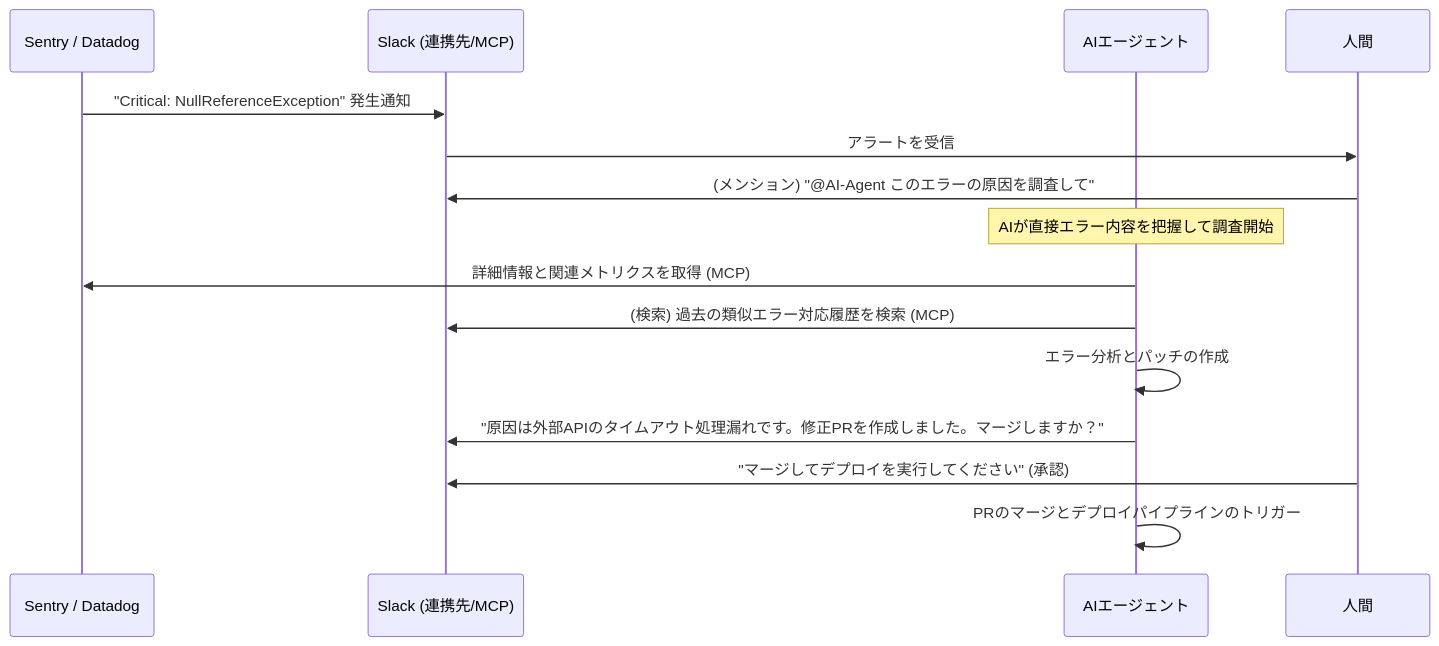
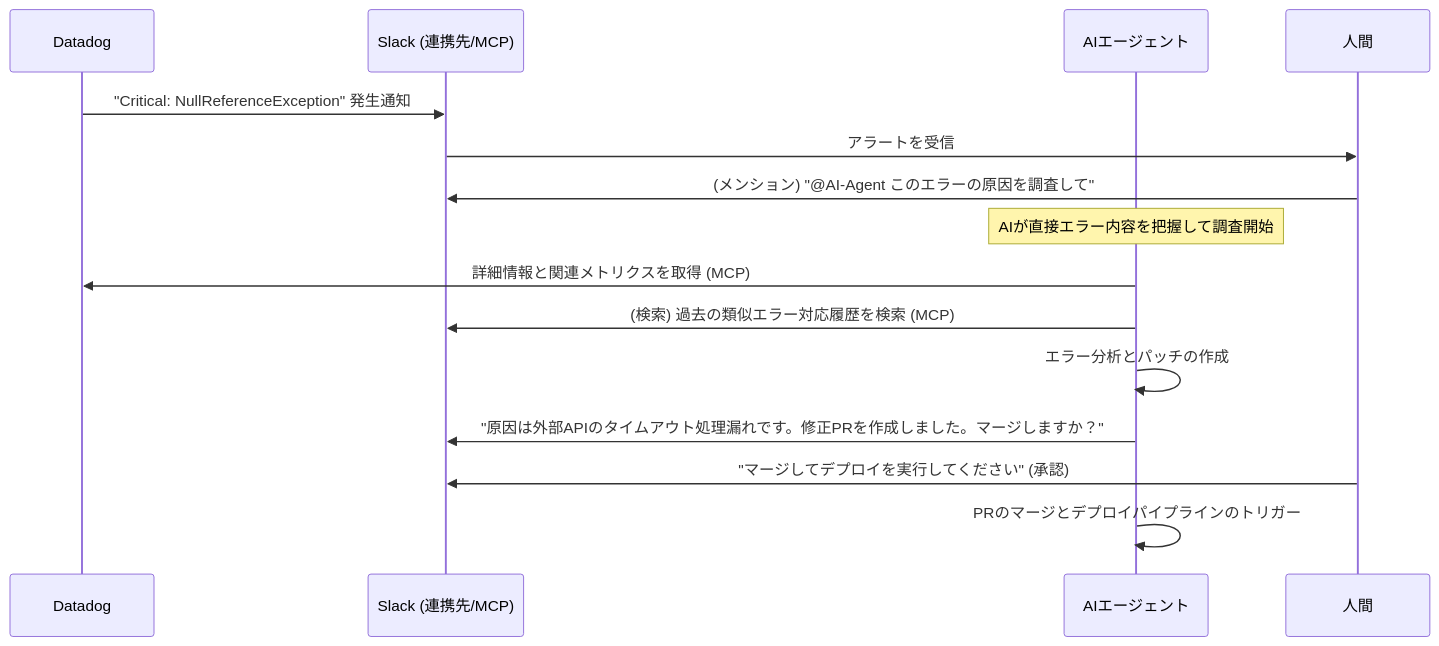
Diagram 21 of 23 in AI駆動開発.md (takuma39/ai), drawn with Mermaid before and after one commit. The commit also changed other lines of this file, not shown here.

````diff
--- a/AI駆動開発.md
+++ b/AI駆動開発.md
@@ -1849,18 +1840,18 @@
 ```mermaid
 sequenceDiagram
-    participant Sentry as Sentry / Datadog
+    participant Datadog as Datadog
     participant Slack as Slack (連携先/MCP)
     participant CC as AIエージェント
     participant 人間
     
-    Sentry->>Slack: "Critical: NullReferenceException" 発生通知
+    Datadog->>Slack: "Critical: NullReferenceException" 発生通知
     Slack->>人間: アラートを受信
     人間->>Slack: (メンション) "@AI-Agent このエラーの原因を調査して"
     Note over CC: AIが直接エラー内容を把握して調査開始
-    CC->>Sentry: 詳細情報と関連メトリクスを取得 (MCP)
+    CC->>Datadog: 詳細情報と関連メトリクスを取得 (MCP)
     CC->>Slack: (検索) 過去の類似エラー対応履歴を検索 (MCP)
     CC->>CC: エラー分析とパッチの作成
     CC->>Slack: "原因は外部APIのタイムアウト処理漏れです。修正PRを作成しました。マージしますか？"
     人間->>Slack: "マージしてデプロイを実行してください" (承認)
     CC->>CC: PRのマージとデプロイパイプラインのトリガー
 ```
````
